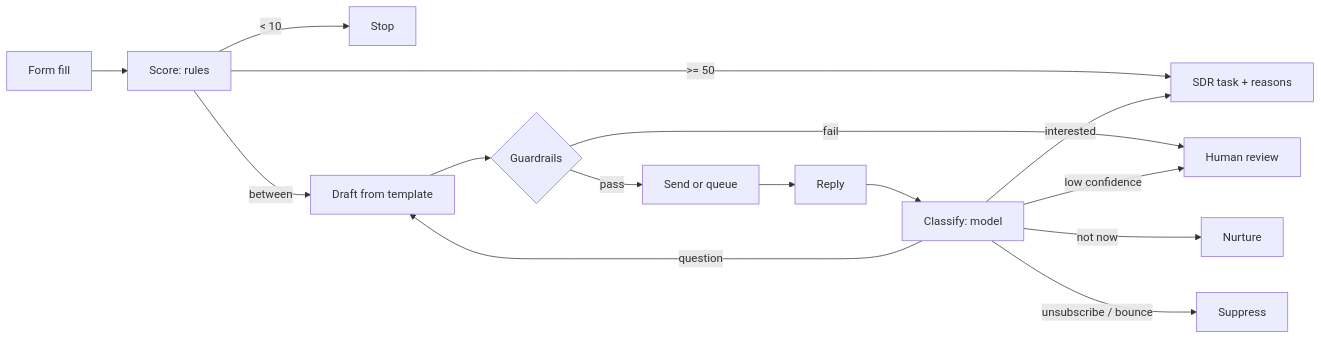
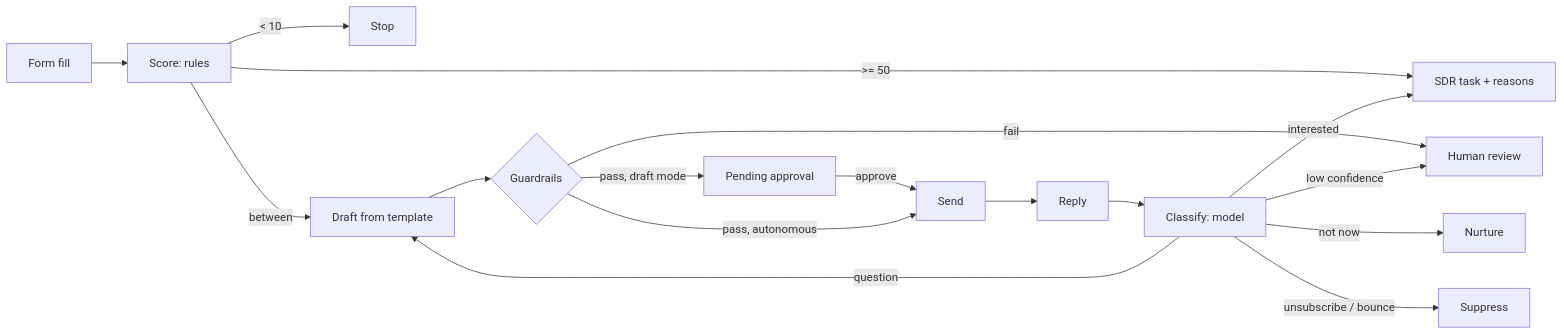
Before and after one commit to vrutikadani/ai-sdr-agent: the diagram in README.md, drawn with Mermaid. The commit also changed other lines of this file and 15 other files, not shown here.

````diff
--- a/README.md
+++ b/README.md
@@ -28,17 +29,19 @@
 ```mermaid
 flowchart LR
     A[Form fill] --> B[Score: rules]
     B -->|< 10| X[Stop]
     B -->|>= 50| H[SDR task + reasons]
     B -->|between| C[Draft from template]
     C --> G{Guardrails}
     G -->|fail| R[Human review]
-    G -->|pass| S[Send or queue]
+    G -->|pass, draft mode| P[Pending approval]
+    P -->|approve| S[Send]
+    G -->|pass, autonomous| S
     S --> Y[Reply]
     Y --> K[Classify: model]
     K -->|interested| H
     K -->|question| C
     K -->|not now| N[Nurture]
     K -->|unsubscribe / bounce| U[Suppress]
     K -->|low confidence| R
 ```
````
